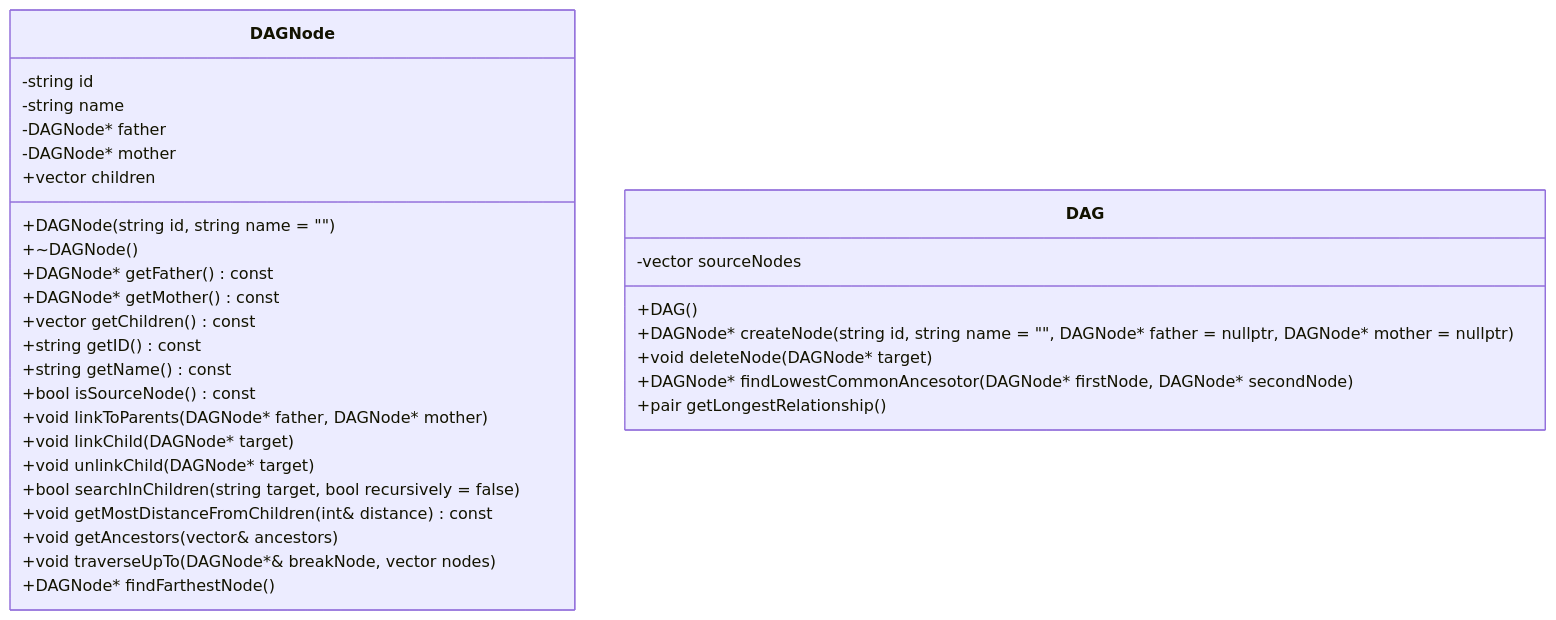
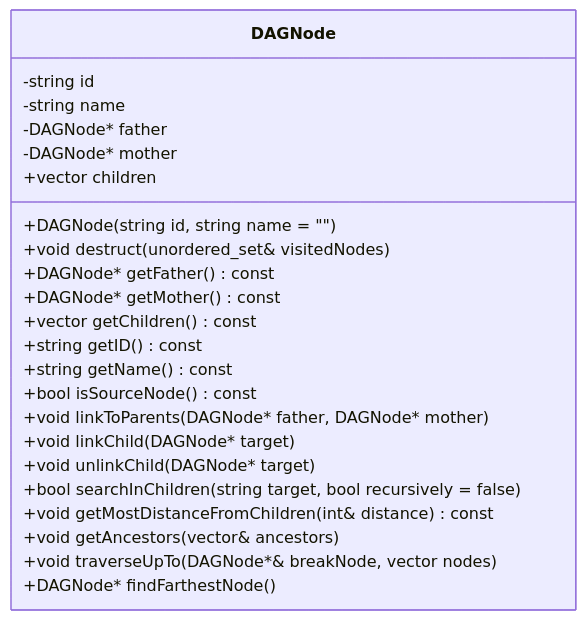
Before and after one commit to k-forghani/mysterious-family: the third of 5 diagrams in schema/uml.md, drawn with Mermaid. The commit also changed other lines of this file and 2 other files, not shown here.

Commit message:
Cleaned up files

````diff
--- a/schema/uml.md
+++ b/schema/uml.md
@@ -29,34 +33,26 @@
 ```mermaid
 classDiagram
     class DAGNode {
         -string id
         -string name
         -DAGNode* father
         -DAGNode* mother
         +vector<DAGNode*> children
         +DAGNode(string id, string name = "")
-        +~DAGNode()
+        +void destruct(unordered_set<DAGNode*>& visitedNodes)
         +DAGNode* getFather() const
         +DAGNode* getMother() const
         +vector<DAGNode*> getChildren() const
         +string getID() const
         +string getName() const
         +bool isSourceNode() const
         +void linkToParents(DAGNode* father, DAGNode* mother)
         +void linkChild(DAGNode* target)
         +void unlinkChild(DAGNode* target)
         +bool searchInChildren(string target, bool recursively = false)
         +void getMostDistanceFromChildren(int& distance) const
         +void getAncestors(vector<DAGNode*>& ancestors)
         +void traverseUpTo(DAGNode*& breakNode, vector<DAGNode*> nodes)
         +DAGNode* findFarthestNode()
     }
-    class DAG {
-        -vector<DAGNode*> sourceNodes
-        +DAG()
-        +DAGNode* createNode(string id, string name = "", DAGNode* father = nullptr, DAGNode* mother = nullptr)
-        +void deleteNode(DAGNode* target)
-        +DAGNode* findLowestCommonAncesotor(DAGNode* firstNode, DAGNode* secondNode)
-        +pair<DAGNode*, DAGNode*> getLongestRelationship()
-    }
 ```
````
